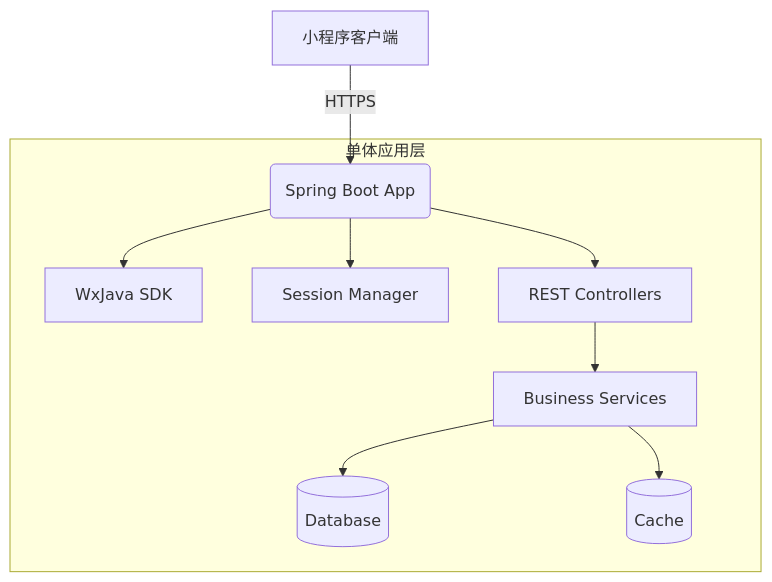
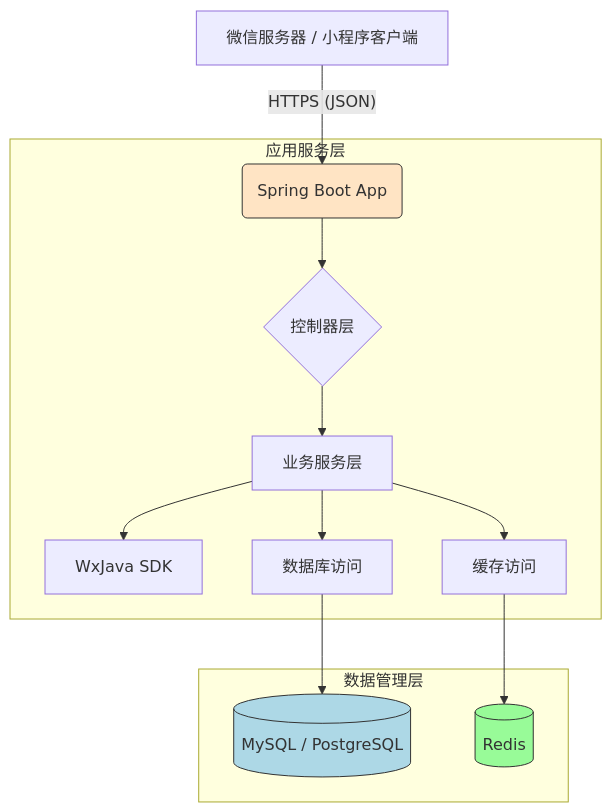
The diagram in docs/zh/summary/system_architecture.md (v-wjrong/binary_weixin-java-miniapp-demo), drawn with Mermaid before and after one commit. The commit also changed other lines of this file and 47 other files, not shown here.

````diff
--- a/docs/zh/summary/system_architecture.md
+++ b/docs/zh/summary/system_architecture.md
@@ -129,12 +112,21 @@
 ```mermaid
 graph TD
-    A[小程序客户端] -- HTTPS --> B(Spring Boot App)
-    subgraph 单体应用层
-        B --> C[WxJava SDK]
-        B --> D[Session Manager]
-        B --> E[REST Controllers]
-        E --> F[Business Services]
-        F --> G[(Database)]
-        F --> H[(Cache)]
+    A[微信服务器 / 小程序客户端] -- HTTPS (JSON) --> B(Spring Boot App)
+
+    subgraph 应用服务层
+        B --> C{控制器层}
+        C --> D[业务服务层]
+        D --> E[WxJava SDK]
+        D --> F[数据库访问]
+        D --> G[缓存访问]
     end
+
+    subgraph 数据管理层
+        F --> H[(MySQL / PostgreSQL)]
+        G --> I[(Redis)]
+    end
+
+    style B fill:#ffe4c4,stroke:#333
+    style H fill:#add8e6,stroke:#333
+    style I fill:#98fb98,stroke:#333
 ```
````
